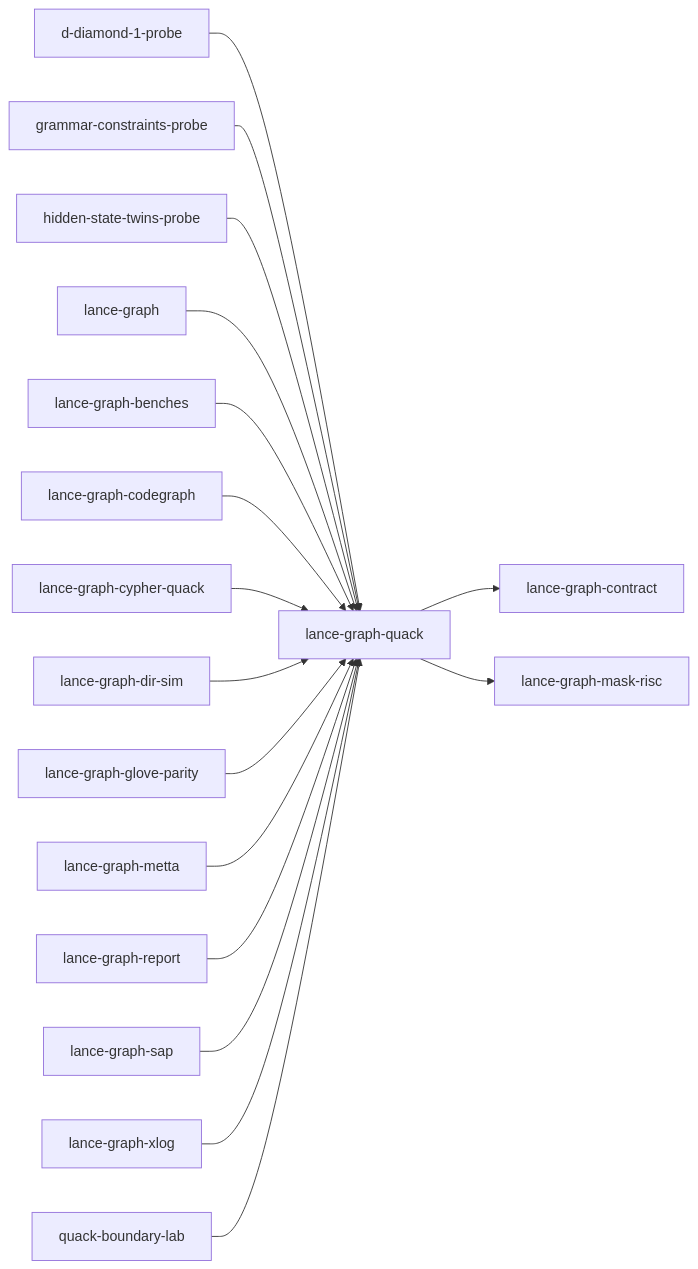
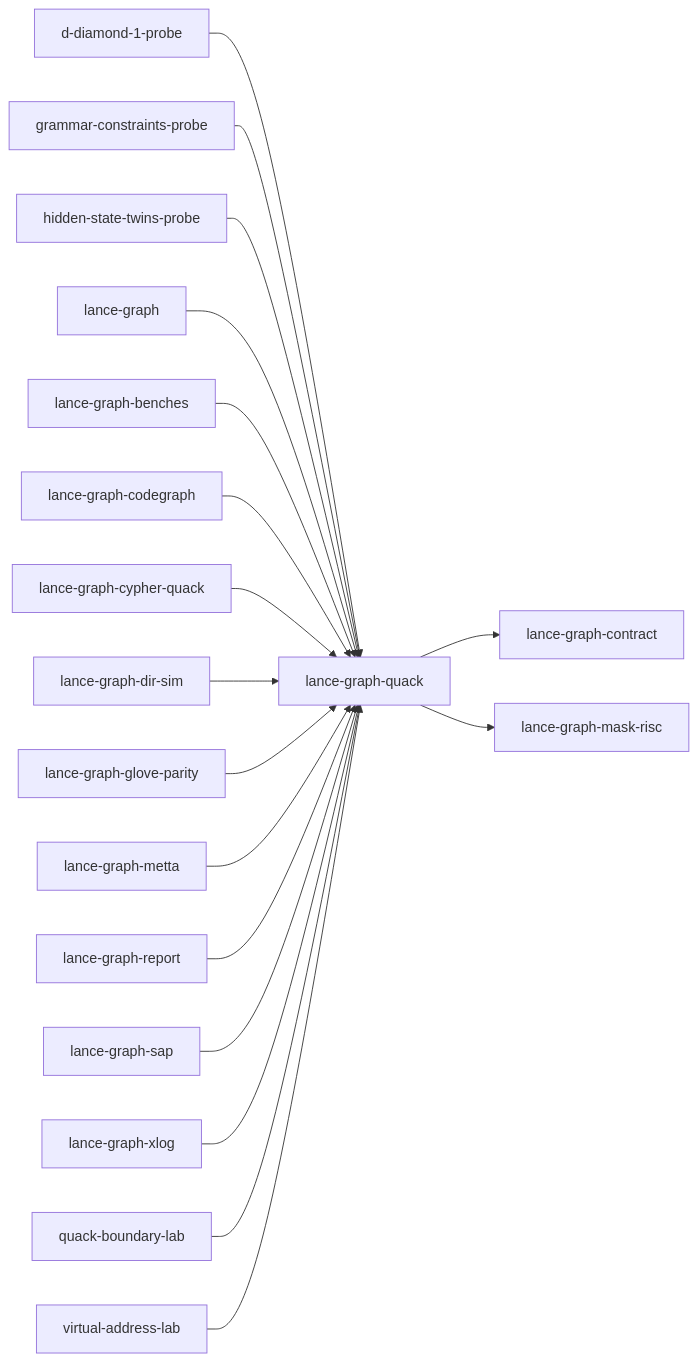
One commit to AdaWorldAPI/lance-graph changed the diagram in .codegraph/crates/lance-graph-quack.index.md. Above: the diagram before and after it, drawn with Mermaid. The commit also changed other lines of this file and 24 other files, not shown here.

First line of the commit message:
chore(codegraph): regenerate for crates/virtual-address-lab

````diff
--- a/.codegraph/crates/lance-graph-quack.index.md
+++ b/.codegraph/crates/lance-graph-quack.index.md
@@ -223,36 +224,38 @@
 ```mermaid
 flowchart LR
   n10["d-diamond-1-probe"]
   n25["grammar-constraints-probe"]
   n27["hidden-state-twins-probe"]
   n34["lance-graph"]
   n38["lance-graph-benches"]
   n42["lance-graph-codegraph"]
   n45["lance-graph-contract"]
   n46["lance-graph-cypher-quack"]
   n47["lance-graph-dir-sim"]
   n50["lance-graph-glove-parity"]
   n53["lance-graph-mask-risc"]
   n54["lance-graph-metta"]
   n63["lance-graph-quack"]
   n67["lance-graph-report"]
   n69["lance-graph-sap"]
   n72["lance-graph-xlog"]
   n81["quack-boundary-lab"]
+  n97["virtual-address-lab"]
   n10 --> n63
   n25 --> n63
   n27 --> n63
   n34 --> n63
   n38 --> n63
   n42 --> n63
   n46 --> n63
   n47 --> n63
   n50 --> n63
   n54 --> n63
   n63 --> n45
   n63 --> n53
   n67 --> n63
   n69 --> n63
   n72 --> n63
   n81 --> n63
+  n97 --> n63
 ```
````
